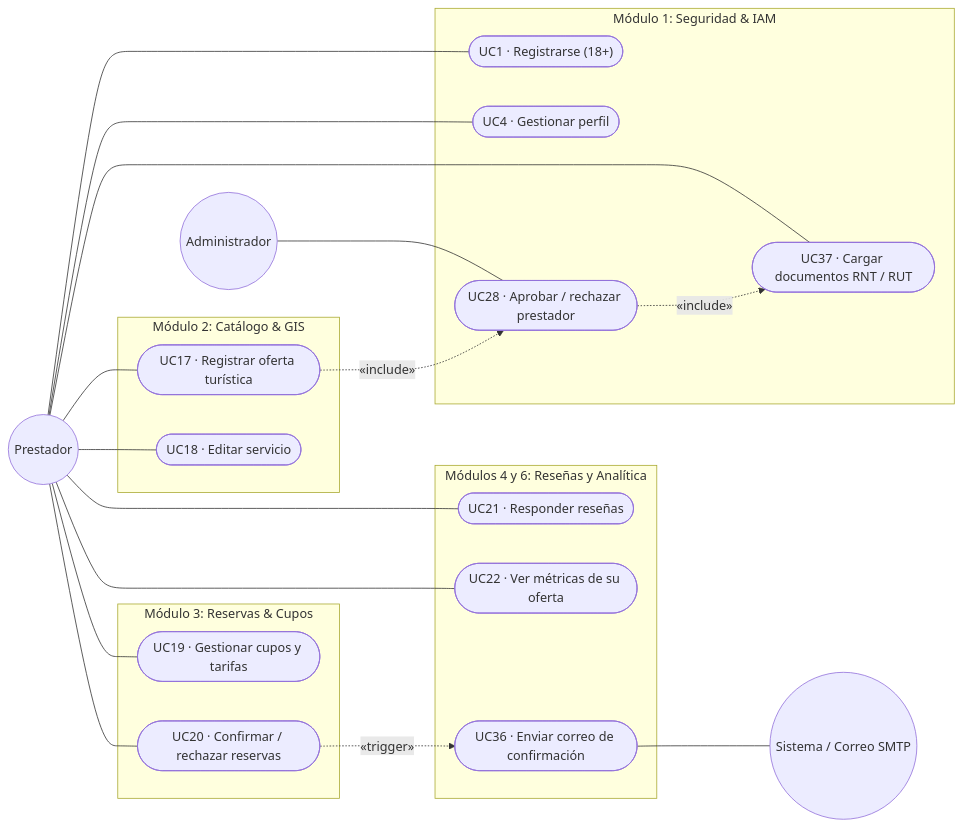
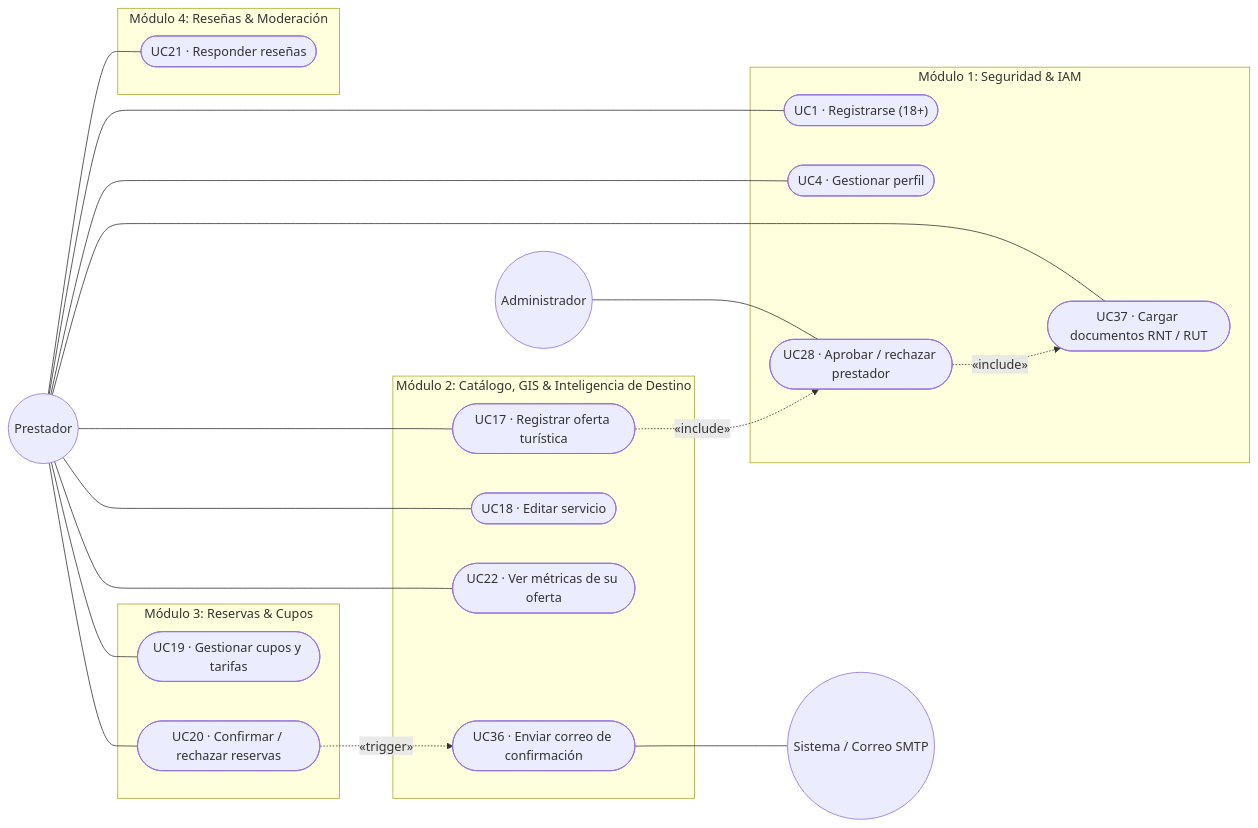
The third of 9 diagrams in Documents/Pages/Requirements_docIEEE.md (luifdo/Tourism), drawn with Mermaid before and after one commit. The commit also changed other lines of this file and 4 other files, not shown here.

````diff
--- a/Documents/Pages/Requirements_docIEEE.md
+++ b/Documents/Pages/Requirements_docIEEE.md
@@ -412,39 +433,40 @@
 ```mermaid
 flowchart LR
     Prest(("Prestador"))
     Admin(("Administrador"))
     Sys(("Sistema / Correo SMTP"))
 
     subgraph M1["Módulo 1: Seguridad & IAM"]
         UC1(["UC1 · Registrarse (18+)"])
         UC4(["UC4 · Gestionar perfil"])
         UC37(["UC37 · Cargar documentos RNT / RUT"])
         UC28(["UC28 · Aprobar / rechazar prestador"])
     end
 
-    subgraph M2["Módulo 2: Catálogo & GIS"]
+    subgraph M2["Módulo 2: Catálogo, GIS & Inteligencia de Destino"]
         UC17(["UC17 · Registrar oferta turística"])
         UC18(["UC18 · Editar servicio"])
+        UC22(["UC22 · Ver métricas de su oferta"])
+        UC36(["UC36 · Enviar correo de confirmación"])
     end
 
     subgraph M3["Módulo 3: Reservas & Cupos"]
         UC19(["UC19 · Gestionar cupos y tarifas"])
         UC20(["UC20 · Confirmar / rechazar reservas"])
     end
 
-    subgraph M46["Módulos 4 y 6: Reseñas y Analítica"]
+    subgraph M4["Módulo 4: Reseñas & Moderación"]
         UC21(["UC21 · Responder reseñas"])
-        UC22(["UC22 · Ver métricas de su oferta"])
-        UC36(["UC36 · Enviar correo de confirmación"])
     end
 
     Prest --- UC1 & UC4 & UC37
-    Prest --- UC17 & UC18 & UC19 & UC20
-    Prest --- UC21 & UC22
+    Prest --- UC17 & UC18 & UC22
+    Prest --- UC19 & UC20
+    Prest --- UC21
     Admin --- UC28
 
     UC17 -.->|"«include»"| UC28
     UC28 -.->|"«include»"| UC37
     UC20 -.->|"«trigger»"| UC36
     UC36 --- Sys
 ```
````
